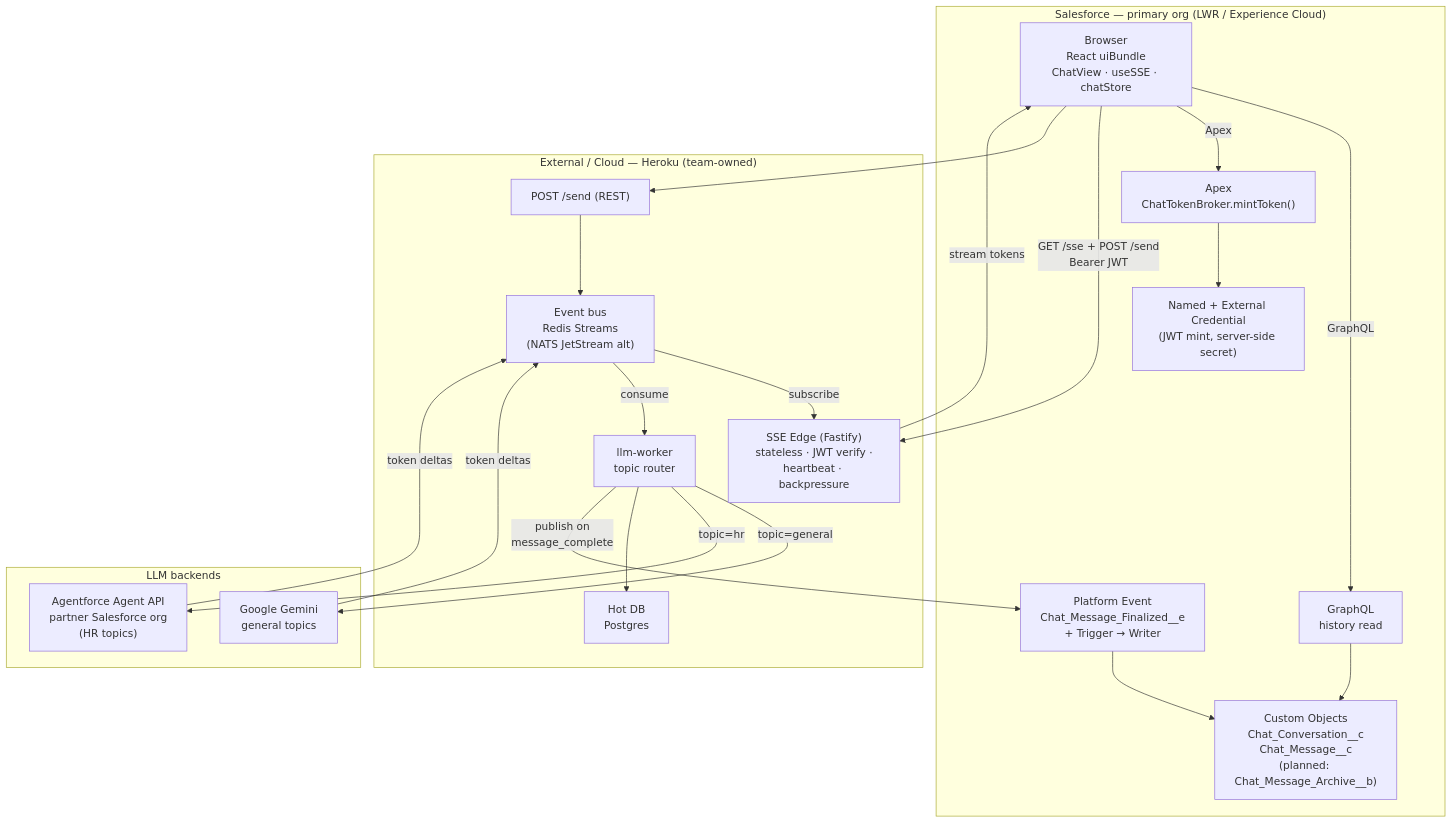
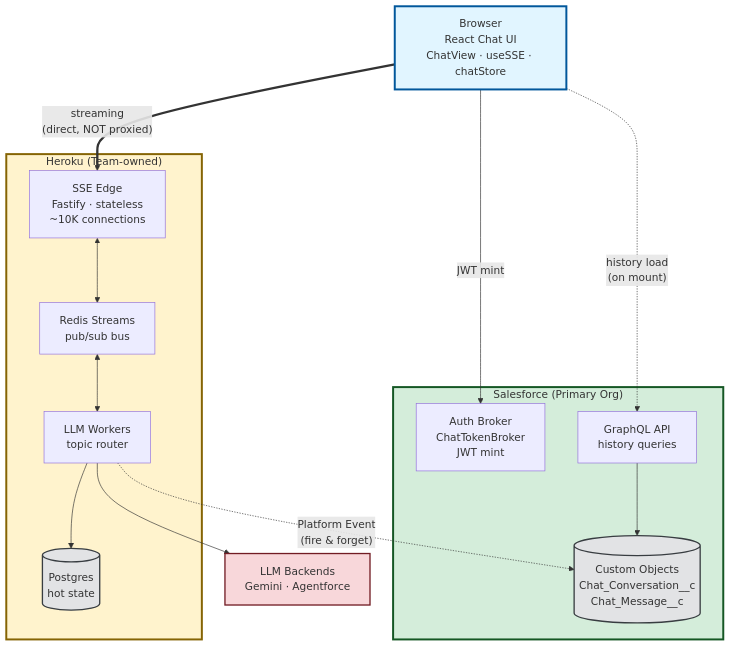
Before and after one commit to mgalvao2012/salesforce-demo-react: the first of 5 diagrams in README.md, drawn with Mermaid. The commit also changed other lines of this file and 1 other file, not shown here.

Commit message:
docs: update README with system context and architectural details

````diff
--- a/README.md
+++ b/README.md
@@ -15,42 +17,40 @@
 ```mermaid
-flowchart TB
-    subgraph SF["Salesforce — primary org (LWR / Experience Cloud)"]
-        Browser["Browser<br/>React uiBundle<br/>ChatView · useSSE · chatStore"]
-        Apex["Apex<br/>ChatTokenBroker.mintToken()"]
-        GraphQL["GraphQL<br/>history read"]
-        PE["Platform Event<br/>Chat_Message_Finalized__e<br/>+ Trigger → Writer"]
-        Obj["Custom Objects<br/>Chat_Conversation__c<br/>Chat_Message__c<br/>(planned: Chat_Message_Archive__b)"]
-        IdP["Named + External Credential<br/>(JWT mint, server-side secret)"]
+graph TB
+    Browser["Browser<br/>React Chat UI<br/>ChatView · useSSE · chatStore"]
+
+    subgraph SF["Salesforce (Primary Org)"]
+        style SF fill:#d4edda,stroke:#155724,stroke-width:3px
+        Auth["Auth Broker<br/>ChatTokenBroker<br/>JWT mint"]
+        GQL["GraphQL API<br/>history queries"]
+        SysDB[("Custom Objects<br/>Chat_Conversation__c<br/>Chat_Message__c")]
     end
 
-    subgraph Edge["External / Cloud — Heroku (team-owned)"]
-        SSE["SSE Edge (Fastify)<br/>stateless · JWT verify ·<br/>heartbeat · backpressure"]
-        Send["POST /send (REST)"]
-        Bus["Event bus<br/>Redis Streams<br/>(NATS JetStream alt)"]
-        Worker["llm-worker<br/>topic router"]
-        DB["Hot DB<br/>Postgres"]
+    subgraph Heroku["Heroku (Team-owned)"]
+        style Heroku fill:#fff3cd,stroke:#856404,stroke-width:3px
+        Edge["SSE Edge<br/>Fastify · stateless<br/>~10K connections"]
+        Redis["Redis Streams<br/>pub/sub bus"]
+        Workers["LLM Workers<br/>topic router"]
+        HotDB[("Postgres<br/>hot state")]
     end
 
-    subgraph LLM["LLM backends"]
-        Gemini["Google Gemini<br/>general topics"]
-        AF["Agentforce Agent API<br/>partner Salesforce org<br/>(HR topics)"]
-    end
+    Backends["LLM Backends<br/>Gemini · Agentforce"]
 
-    Browser -- "GraphQL" --> GraphQL
-    Browser -- "Apex" --> Apex
-    Apex --> IdP
-    Browser -- "GET /sse + POST /send<br/>Bearer JWT" --> SSE
-    Browser --> Send
-    Send --> Bus
-    Bus -- "subscribe" --> SSE
-    SSE -- "stream tokens" --> Browser
-    Bus -- "consume" --> Worker
-    Worker -- "topic=general" --> Gemini
-    Worker -- "topic=hr" --> AF
-    Gemini -- "token deltas" --> Bus
-    AF -- "token deltas" --> Bus
-    Worker --> DB
-    Worker -- "publish on<br/>message_complete" --> PE
-    PE --> Obj
-    GraphQL --> Obj
+    Browser =="streaming<br/>(direct, NOT proxied)"==> Edge
+    Browser -."history load<br/>(on mount)".-> GQL
+    Browser -- "JWT mint" --> Auth
+
+    Edge <--> Redis
+    Redis <--> Workers
+    Workers --> Backends
+    Workers --> HotDB
+    Workers -."Platform Event<br/>(fire & forget)".-> SysDB
+    GQL --> SysDB
+
+    classDef browser fill:#e1f5ff,stroke:#01579b,stroke-width:3px
+    classDef data fill:#e2e3e5,stroke:#383d41,stroke-width:2px
+    classDef backend fill:#f8d7da,stroke:#721c24,stroke-width:2px
+
+    class Browser browser
+    class SysDB,HotDB data
+    class Backends backend
 ```
````
